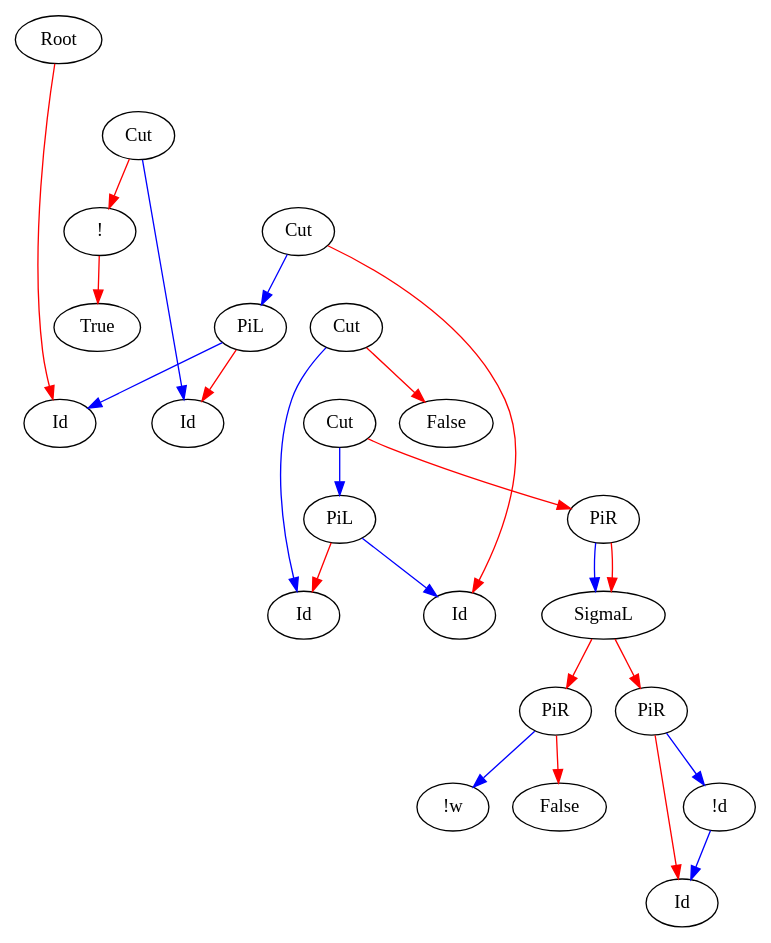
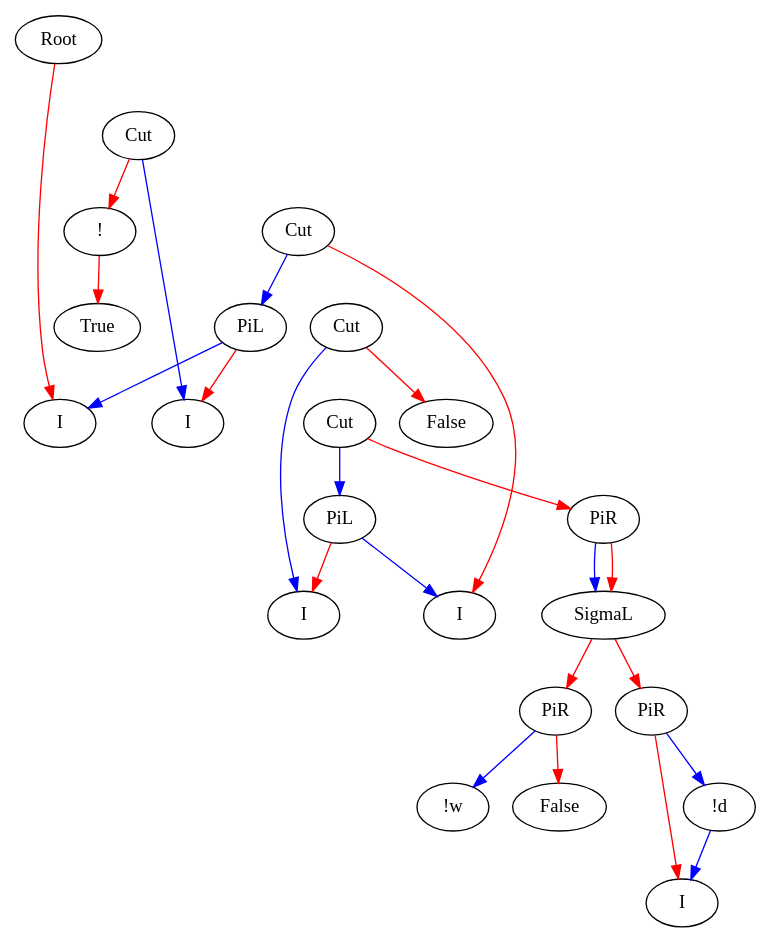
One commit to Mathnerd314/stroscot changed the first of 27 diagrams in docs/Reduction.rst. Above: the diagram before and after it, drawn with Graphviz. The commit also changed other lines of this file and 14 other files, not shown here.

```diff
--- a/docs/Reduction.rst
+++ b/docs/Reduction.rst
@@ -187,53 +186,53 @@
 .. graphviz::
 
   digraph {
   Root -> c1 [style=invis]
   c1 -> c2 [style=invis]
   c2 -> c3 [style=invis]
   c3 -> c4 [style=invis]
 
   Root -> p /* pr */ [color="red"]
   c1 [label="Cut"]
   c1 -> a [color="red"]
   c1 -> n [color="blue"]
   a [label="!"]
   a -> b [color="red"]
   b [label="True"]
   c2 [label="Cut"]
   c2 -> l /* lr */ [color="red"]
   c2 -> m [color="blue"]
   c3 [label="Cut"]
   c3 -> c [color="red"]
   c3 -> k [color="blue"]
   c [label="False"]
   c4 [label="Cut"]
   c4 -> d [color="red"]
   c4 -> j [color="blue"]
   d [label="PiR"]
   d -> e [color="blue"]
   d -> e /* f */ [color="red"]
   e [label="SigmaL"]
   e -> f1 [color="red"]
   e -> f2 [color="red"]
   f1 [label="PiR"]
   f1 -> g1 [color="blue"]
   f1 -> h1 [color="red"]
   g1 [label="!w"]
   h1 [label="False"]
   f2 [label="PiR"]
   f2 -> g2 [color="blue"]
   f2 -> h2 /* h2r */ [color="red"]
   g2 [label="!d"]
   g2 -> h2 [color="blue"]
-  h2 [label="Id"]
+  h2 [label="I"]
   j [label="PiL"]
   j -> k /* kr */ [color="red"]
   j -> l [color="blue"]
-  k [label="Id"]
-  l [label="Id"]
+  k [label="I"]
+  l [label="I"]
   m [label="PiL"]
   m -> n /* nr */ [color="red"]
   m -> p [color="blue"]
-  n [label="Id"]
-  p [label="Id"]
+  n [label="I"]
+  p [label="I"]
   }
```
